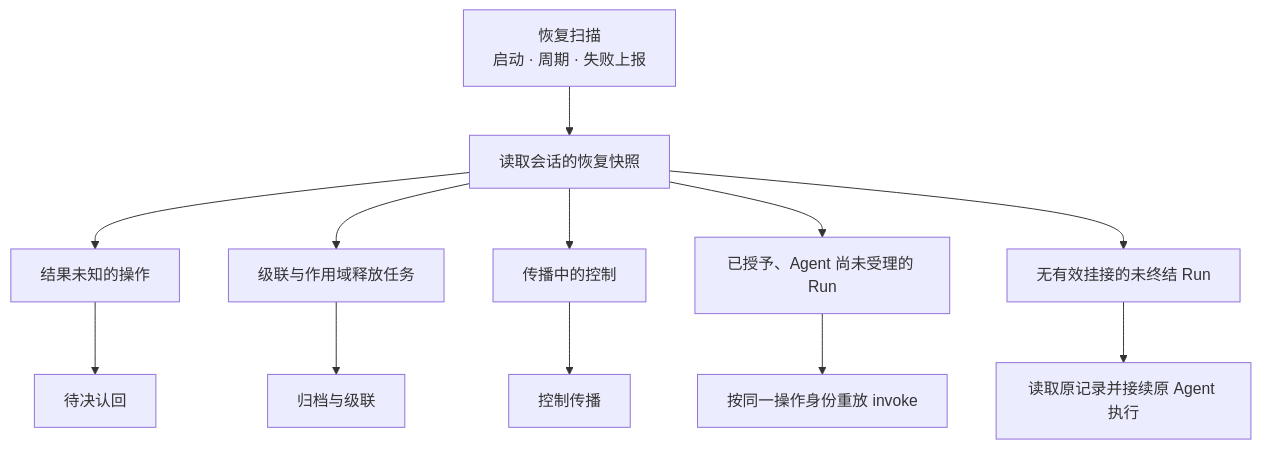
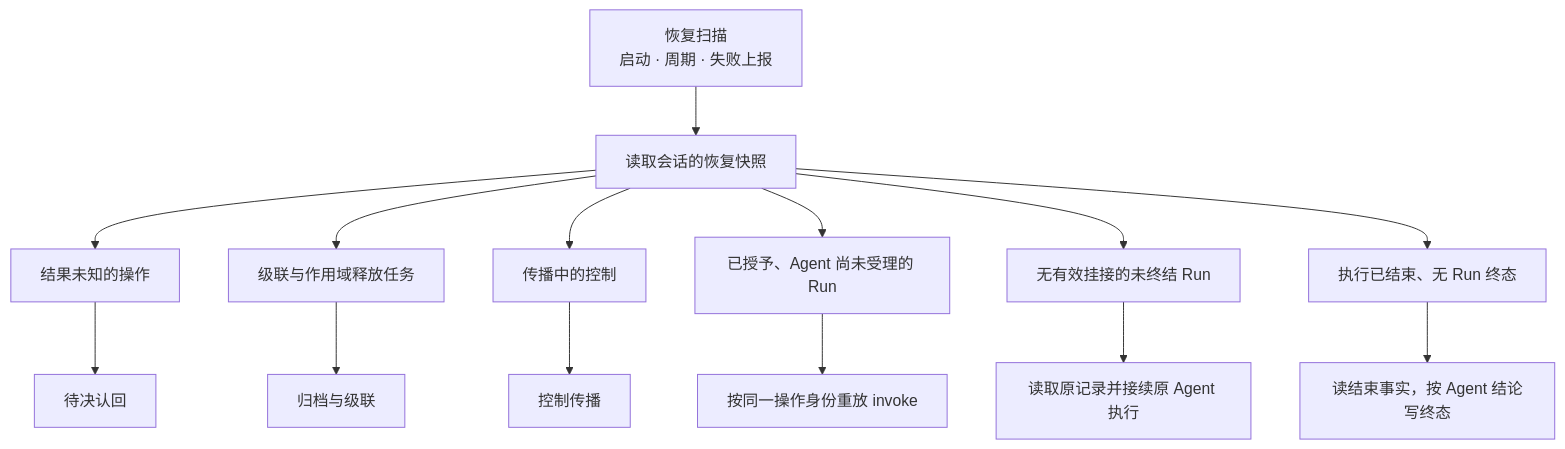
The third of 3 diagrams in docs/architecture/runtime/control-and-recovery.md (nemori-ai/omne-harness-lite), drawn with Mermaid before and after one commit. The commit also changed other lines of this file and 16 other files, not shown here.

````diff
--- a/docs/architecture/runtime/control-and-recovery.md
+++ b/docs/architecture/runtime/control-and-recovery.md
@@ -136,9 +138,10 @@
 ```mermaid
 flowchart TD
     Scan[恢复扫描<br/>启动 · 周期 · 失败上报] --> Snapshot[读取会话的恢复快照]
     Snapshot --> Unknown[结果未知的操作] --> Requery[待决认回]
     Snapshot --> Tasks[级联与作用域释放任务] --> Archive[归档与级联]
     Snapshot --> Controls[传播中的控制] --> Propagate[控制传播]
     Snapshot --> Granted[已授予、Agent 尚未受理的 Run] --> Replay[按同一操作身份重放 invoke]
     Snapshot --> ActiveRun[无有效挂接的未终结 Run] --> Resume[读取原记录并接续原 Agent 执行]
+    Snapshot --> Ended[执行已结束、无 Run 终态] --> Conclude[读结束事实，按 Agent 结论写终态]
 ```
````
